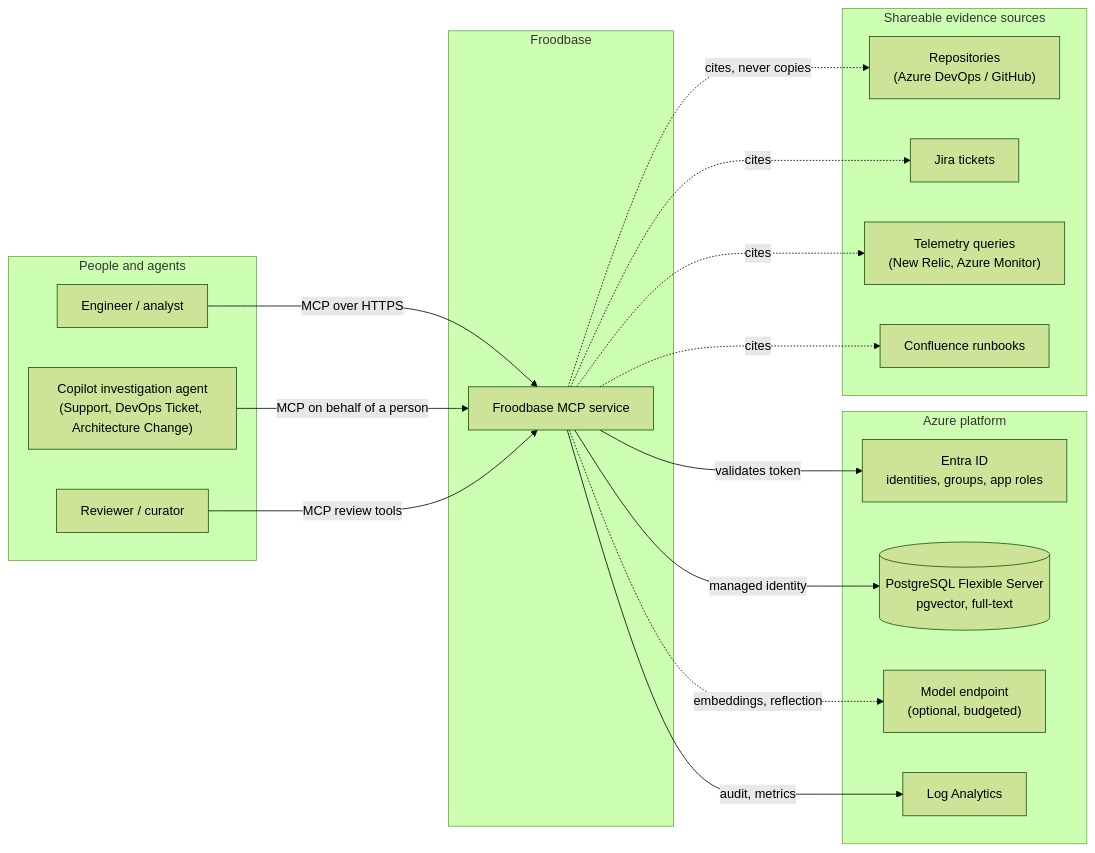
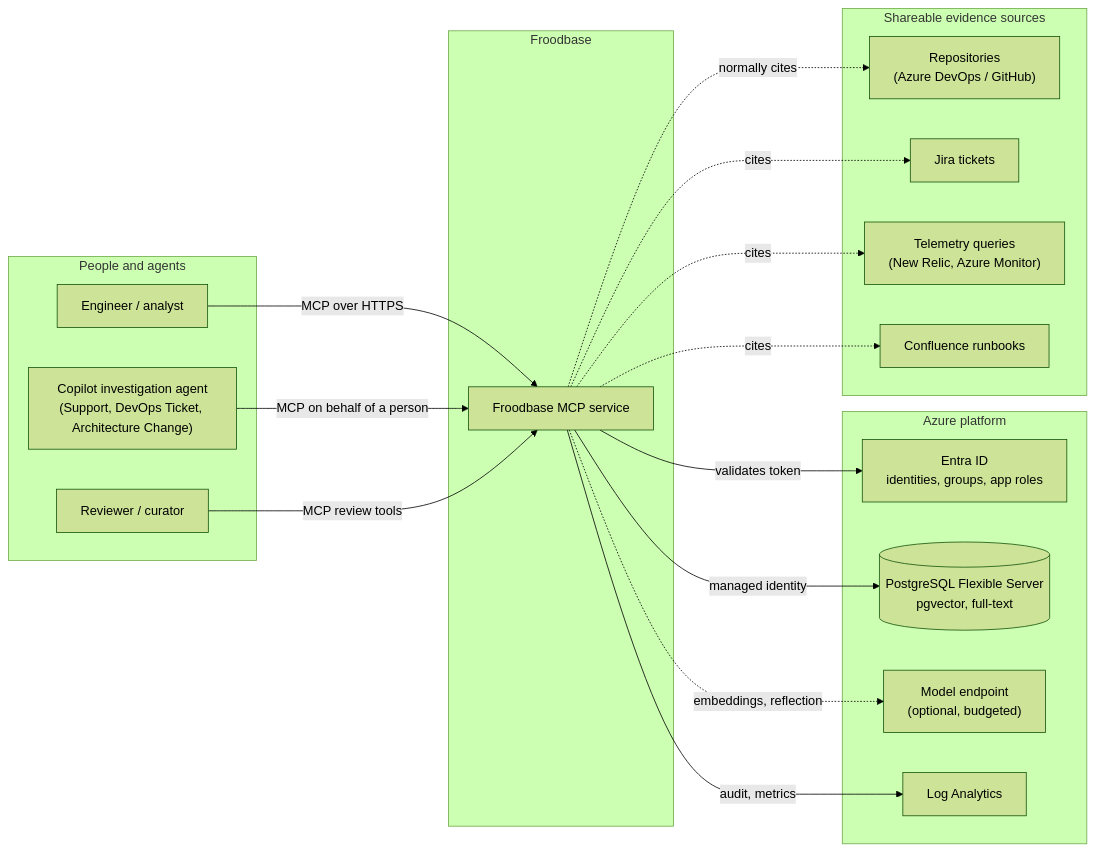
Before and after one commit to rztaylor/Froodbase: the first of 11 diagrams in docs/planning/03-architecture-design.md, drawn with Mermaid (forest theme). The commit also changed other lines of this file and 8 other files, not shown here.

````diff
--- a/docs/planning/03-architecture-design.md
+++ b/docs/planning/03-architecture-design.md
@@ -20,38 +22,38 @@
 ```mermaid
 flowchart LR
     subgraph People["People and agents"]
         H["Engineer / analyst"]
         A["Copilot investigation agent<br/>(Support, DevOps Ticket, Architecture Change)"]
         R["Reviewer / curator"]
     end
 
     subgraph Froodbase["Froodbase"]
         S["Froodbase MCP service"]
     end
 
     subgraph Azure["Azure platform"]
         E["Entra ID<br/>identities, groups, app roles"]
         P[("PostgreSQL Flexible Server<br/>pgvector, full-text")]
         M["Model endpoint<br/>(optional, budgeted)"]
         L["Log Analytics"]
     end
 
     subgraph Sources["Shareable evidence sources"]
         G["Repositories<br/>(Azure DevOps / GitHub)"]
         J["Jira tickets"]
         T["Telemetry queries<br/>(New Relic, Azure Monitor)"]
         C["Confluence runbooks"]
     end
 
     H -- "MCP over HTTPS" --> S
     A -- "MCP on behalf of a person" --> S
     R -- "MCP review tools" --> S
     S -- "validates token" --> E
     S -- "managed identity" --> P
     S -. "embeddings, reflection" .-> M
     S -- "audit, metrics" --> L
-    S -. "cites, never copies" .-> G
+    S -. "normally cites" .-> G
     S -. "cites" .-> J
     S -. "cites" .-> T
     S -. "cites" .-> C
 ```
````
